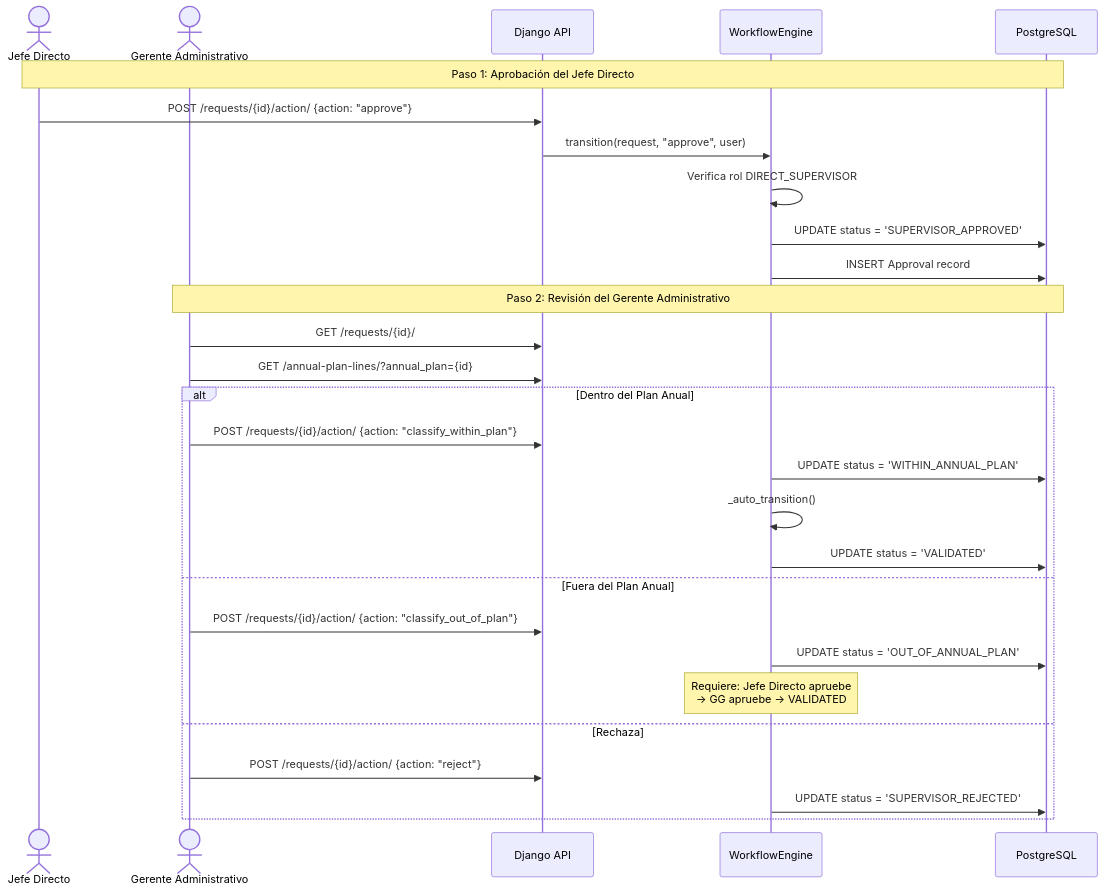
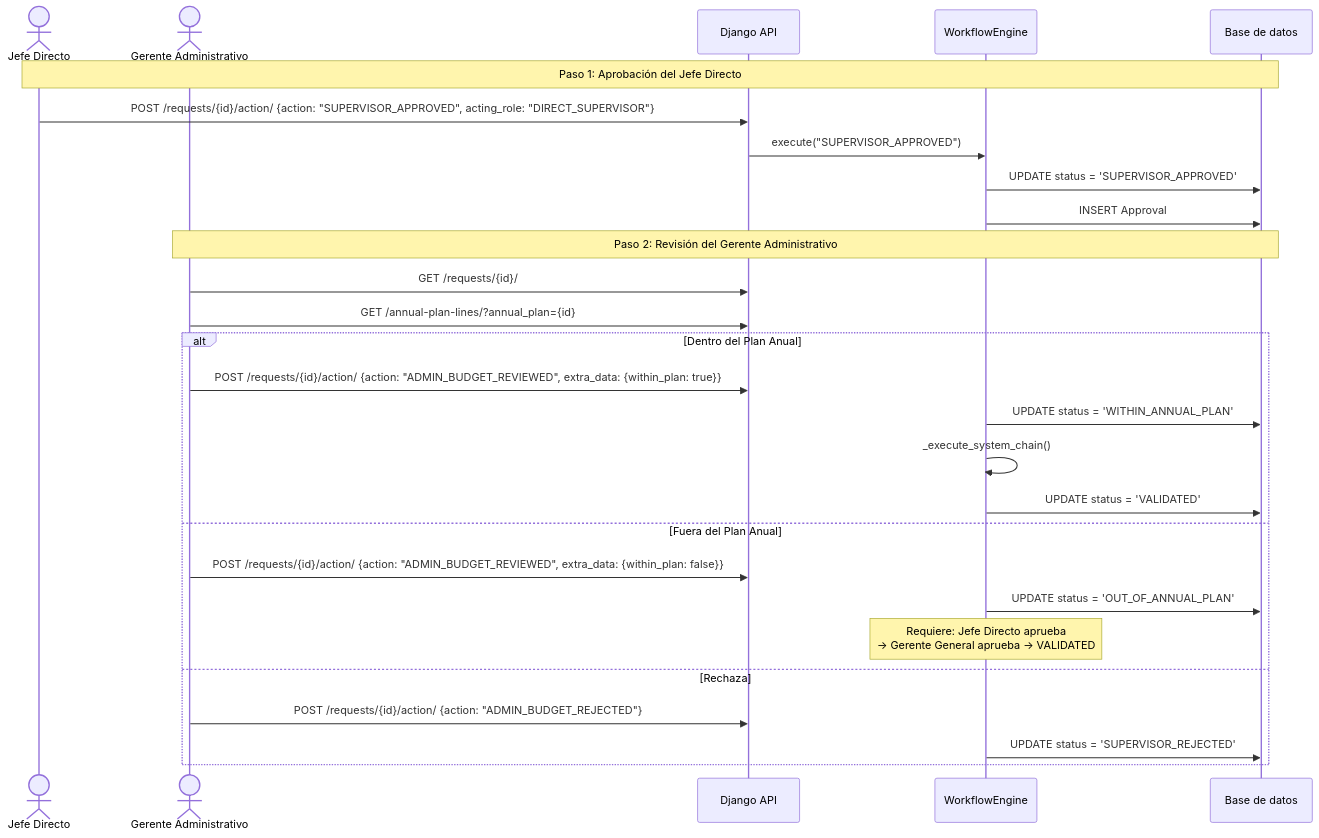
Before and after one commit to pccpegit/SYSPCCLOG: the seventh of 25 diagrams in docs/01_Casos_de_Uso.md, drawn with Mermaid. The commit also changed other lines of this file and 42 other files, not shown here.

````diff
--- a/docs/01_Casos_de_Uso.md
+++ b/docs/01_Casos_de_Uso.md
@@ -364,33 +421,32 @@
 ```mermaid
 sequenceDiagram
     actor DS as Jefe Directo
     actor AM as Gerente Administrativo
     participant API as Django API
     participant WF as WorkflowEngine
-    participant DB as PostgreSQL
+    participant DB as Base de datos
 
     Note over DS,DB: Paso 1: Aprobación del Jefe Directo
-    DS->>API: POST /requests/{id}/action/ {action: "approve"}
-    API->>WF: transition(request, "approve", user)
-    WF->>WF: Verifica rol DIRECT_SUPERVISOR
+    DS->>API: POST /requests/{id}/action/ {action: "SUPERVISOR_APPROVED", acting_role: "DIRECT_SUPERVISOR"}
+    API->>WF: execute("SUPERVISOR_APPROVED")
     WF->>DB: UPDATE status = 'SUPERVISOR_APPROVED'
-    WF->>DB: INSERT Approval record
+    WF->>DB: INSERT Approval
 
     Note over AM,DB: Paso 2: Revisión del Gerente Administrativo
     AM->>API: GET /requests/{id}/
     AM->>API: GET /annual-plan-lines/?annual_plan={id}
 
     alt Dentro del Plan Anual
-        AM->>API: POST /requests/{id}/action/ {action: "classify_within_plan"}
+        AM->>API: POST /requests/{id}/action/ {action: "ADMIN_BUDGET_REVIEWED", extra_data: {within_plan: true}}
         WF->>DB: UPDATE status = 'WITHIN_ANNUAL_PLAN'
-        WF->>WF: _auto_transition()
+        WF->>WF: _execute_system_chain()
         WF->>DB: UPDATE status = 'VALIDATED'
     else Fuera del Plan Anual
-        AM->>API: POST /requests/{id}/action/ {action: "classify_out_of_plan"}
+        AM->>API: POST /requests/{id}/action/ {action: "ADMIN_BUDGET_REVIEWED", extra_data: {within_plan: false}}
         WF->>DB: UPDATE status = 'OUT_OF_ANNUAL_PLAN'
-        Note over WF: Requiere: Jefe Directo apruebe<br/>→ GG apruebe → VALIDATED
+        Note over WF: Requiere: Jefe Directo aprueba<br/>→ Gerente General aprueba → VALIDATED
     else Rechaza
-        AM->>API: POST /requests/{id}/action/ {action: "reject"}
+        AM->>API: POST /requests/{id}/action/ {action: "ADMIN_BUDGET_REJECTED"}
         WF->>DB: UPDATE status = 'SUPERVISOR_REJECTED'
     end
 ```
````
